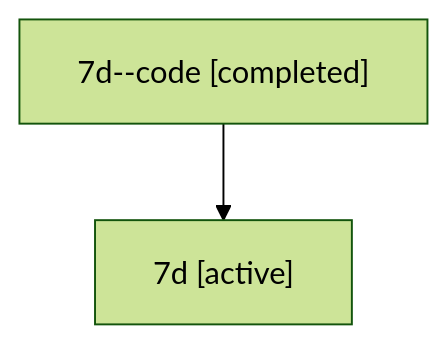
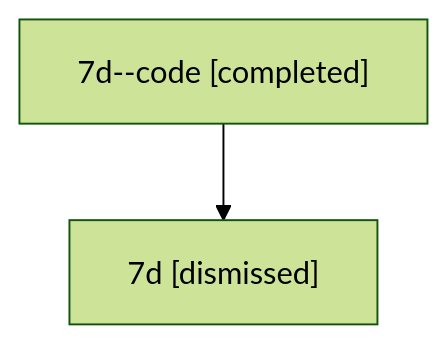
Before and after one commit to bobs-org/bob-cli--agents: the diagram in sessions/bbugyi200.athena.7d.md, drawn with Mermaid (forest theme). The commit also changed other lines of this file and 5 other files, not shown here.

````diff
--- a/sessions/bbugyi200.athena.7d.md
+++ b/sessions/bbugyi200.athena.7d.md
@@ -9,6 +9,6 @@
 ```mermaid
 flowchart TD
   n0["7d--code [completed]"]
-  n1["7d [active]"]
+  n1["7d [dismissed]"]
   n0 --> n1
 ```
````
